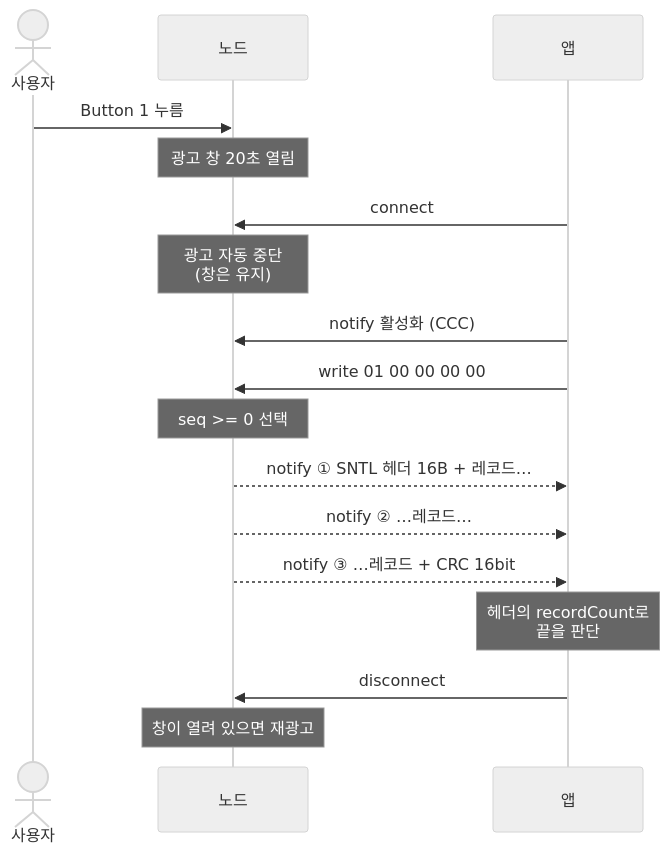
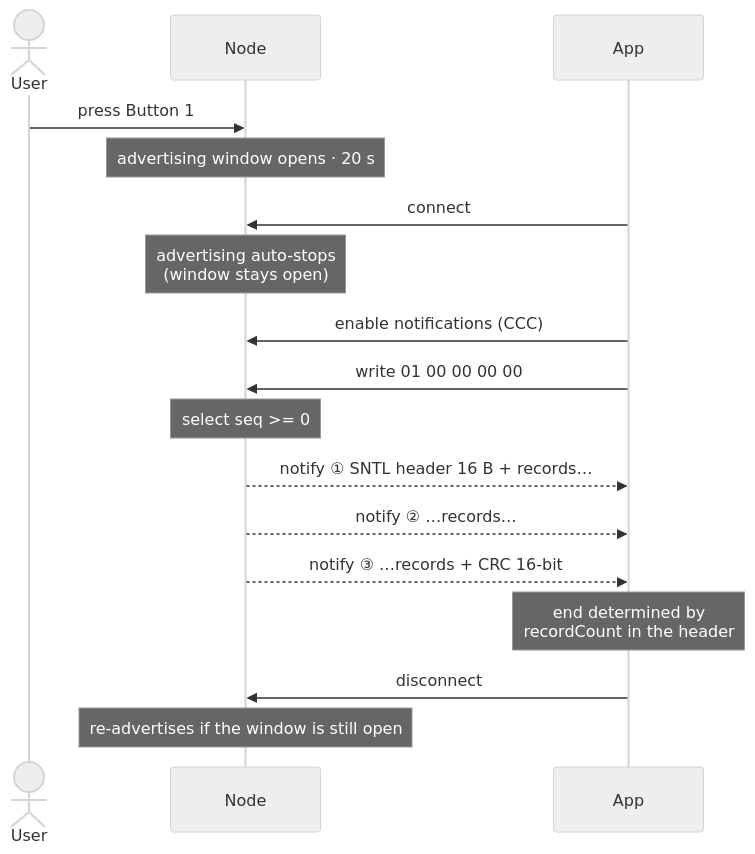
The second of 2 diagrams in README.md (JeonJunYoung-hub/Sentinel-Labs-nRF5340-Wearable), drawn with Mermaid (neutral theme) before and after one commit. The commit also changed other lines of this file, not shown here.

````diff
--- a/README.md
+++ b/README.md
@@ -125,20 +141,20 @@
 ```mermaid
 sequenceDiagram
-    actor U as 사용자
-    participant N as 노드
-    participant A as 앱
+    actor U as User
+    participant N as Node
+    participant A as App
 
-    U->>N: Button 1 누름
-    Note over N: 광고 창 20초 열림
+    U->>N: press Button 1
+    Note over N: advertising window opens · 20 s
     A->>N: connect
-    Note over N: 광고 자동 중단<br/>(창은 유지)
-    A->>N: notify 활성화 (CCC)
+    Note over N: advertising auto-stops<br/>(window stays open)
+    A->>N: enable notifications (CCC)
     A->>N: write 01 00 00 00 00
-    Note over N: seq >= 0 선택
-    N-->>A: notify ① SNTL 헤더 16B + 레코드…
-    N-->>A: notify ② …레코드…
-    N-->>A: notify ③ …레코드 + CRC 16bit
-    Note over A: 헤더의 recordCount로<br/>끝을 판단
+    Note over N: select seq >= 0
+    N-->>A: notify ① SNTL header 16 B + records…
+    N-->>A: notify ② …records…
+    N-->>A: notify ③ …records + CRC 16-bit
+    Note over A: end determined by<br/>recordCount in the header
     A->>N: disconnect
-    Note over N: 창이 열려 있으면 재광고
+    Note over N: re-advertises if the window is still open
 ```
````
